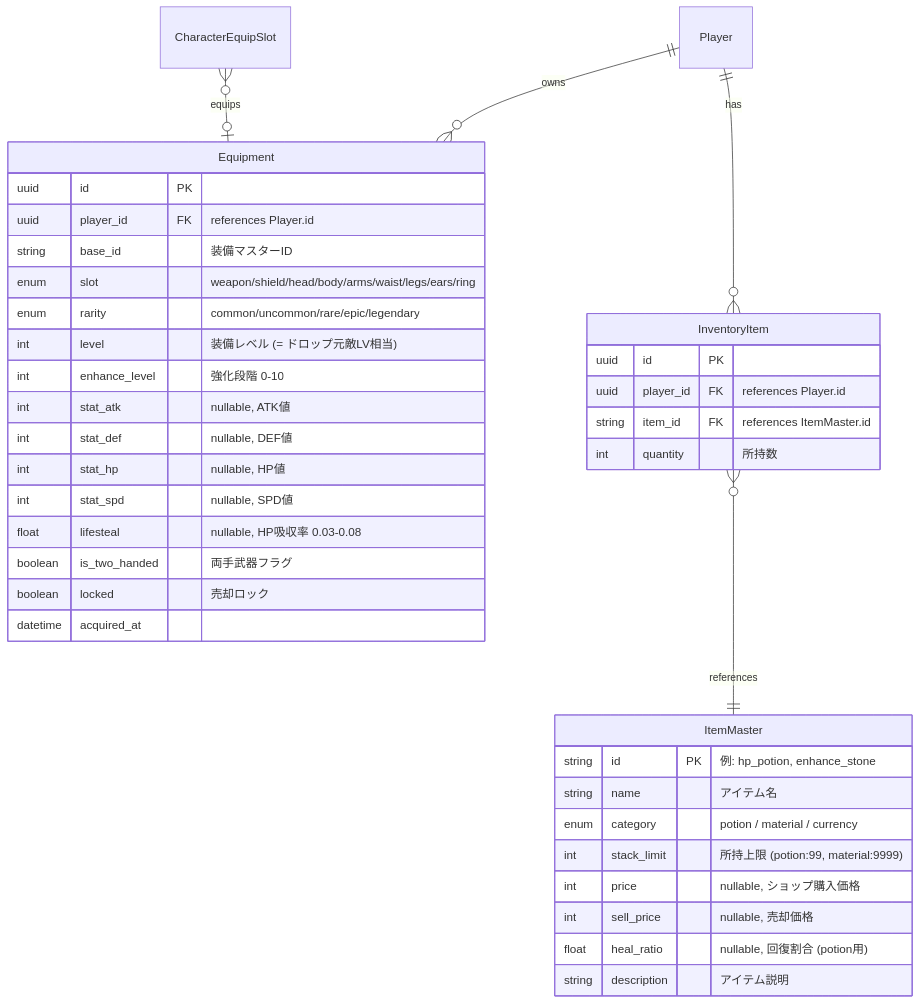
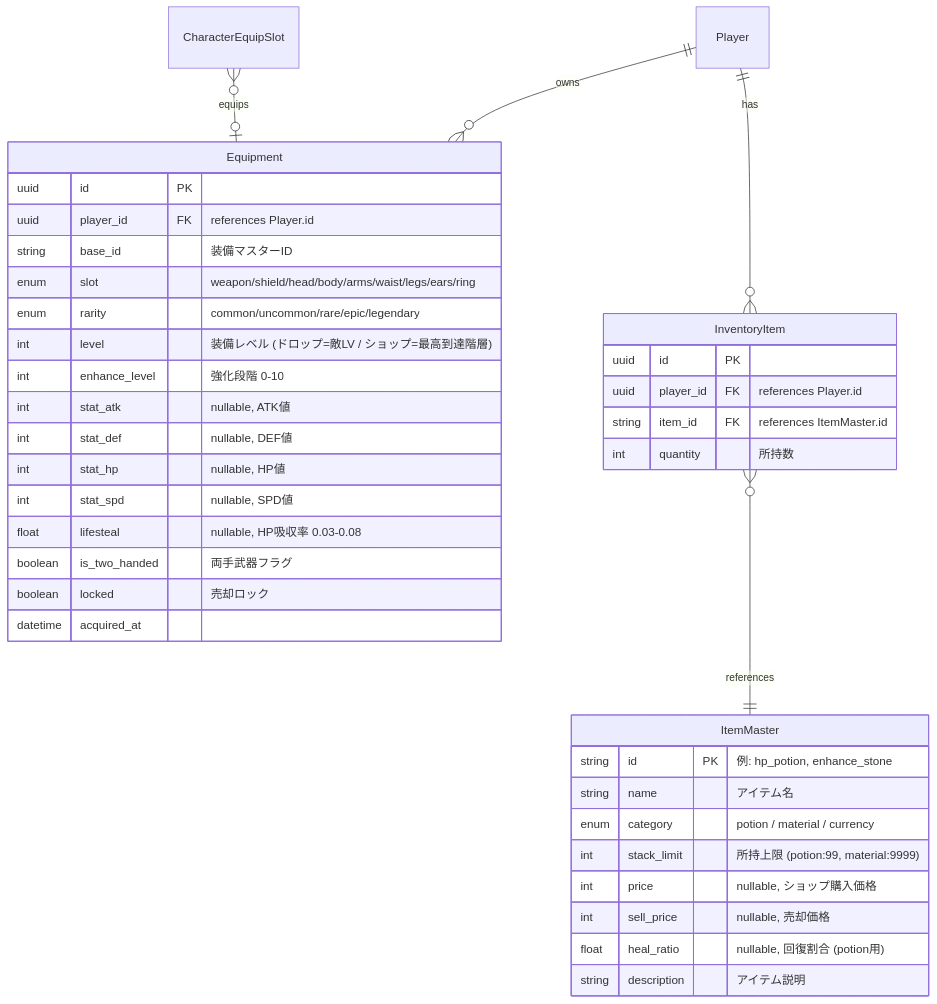
The first of 2 diagrams in diagrams/er_diagram/item.md (dateeee/2026_AFKGAME), drawn with Mermaid before and after one commit. The commit also changed 14 other files, not shown here.

First line of the commit message:
docs: レビュー指摘20件を仕様書・設計図へ反映

````diff
--- a/diagrams/er_diagram/item.md
+++ b/diagrams/er_diagram/item.md
@@ -7,44 +7,44 @@
 ```mermaid
 %%{init: {'theme': 'default', 'themeVariables': {'fontSize': '16px'}} }%%
 erDiagram
     Player ||--o{ Equipment : "owns"
     Player ||--o{ InventoryItem : "has"
     CharacterEquipSlot }o--o| Equipment : "equips"
     InventoryItem }o--|| ItemMaster : "references"
 
     Equipment {
         uuid id PK
         uuid player_id FK "references Player.id"
         string base_id "装備マスターID"
         enum slot "weapon/shield/head/body/arms/waist/legs/ears/ring"
         enum rarity "common/uncommon/rare/epic/legendary"
-        int level "装備レベル (= ドロップ元敵LV相当)"
+        int level "装備レベル (ドロップ=敵LV / ショップ=最高到達階層)"
         int enhance_level "強化段階 0-10"
         int stat_atk "nullable, ATK値"
         int stat_def "nullable, DEF値"
         int stat_hp "nullable, HP値"
         int stat_spd "nullable, SPD値"
         float lifesteal "nullable, HP吸収率 0.03-0.08"
         boolean is_two_handed "両手武器フラグ"
         boolean locked "売却ロック"
         datetime acquired_at
     }
 
     InventoryItem {
         uuid id PK
         uuid player_id FK "references Player.id"
         string item_id FK "references ItemMaster.id"
         int quantity "所持数"
     }
 
     ItemMaster {
         string id PK "例: hp_potion, enhance_stone"
         string name "アイテム名"
         enum category "potion / material / currency"
         int stack_limit "所持上限 (potion:99, material:9999)"
         int price "nullable, ショップ購入価格"
         int sell_price "nullable, 売却価格"
         float heal_ratio "nullable, 回復割合 (potion用)"
         string description "アイテム説明"
     }
 ```
````
